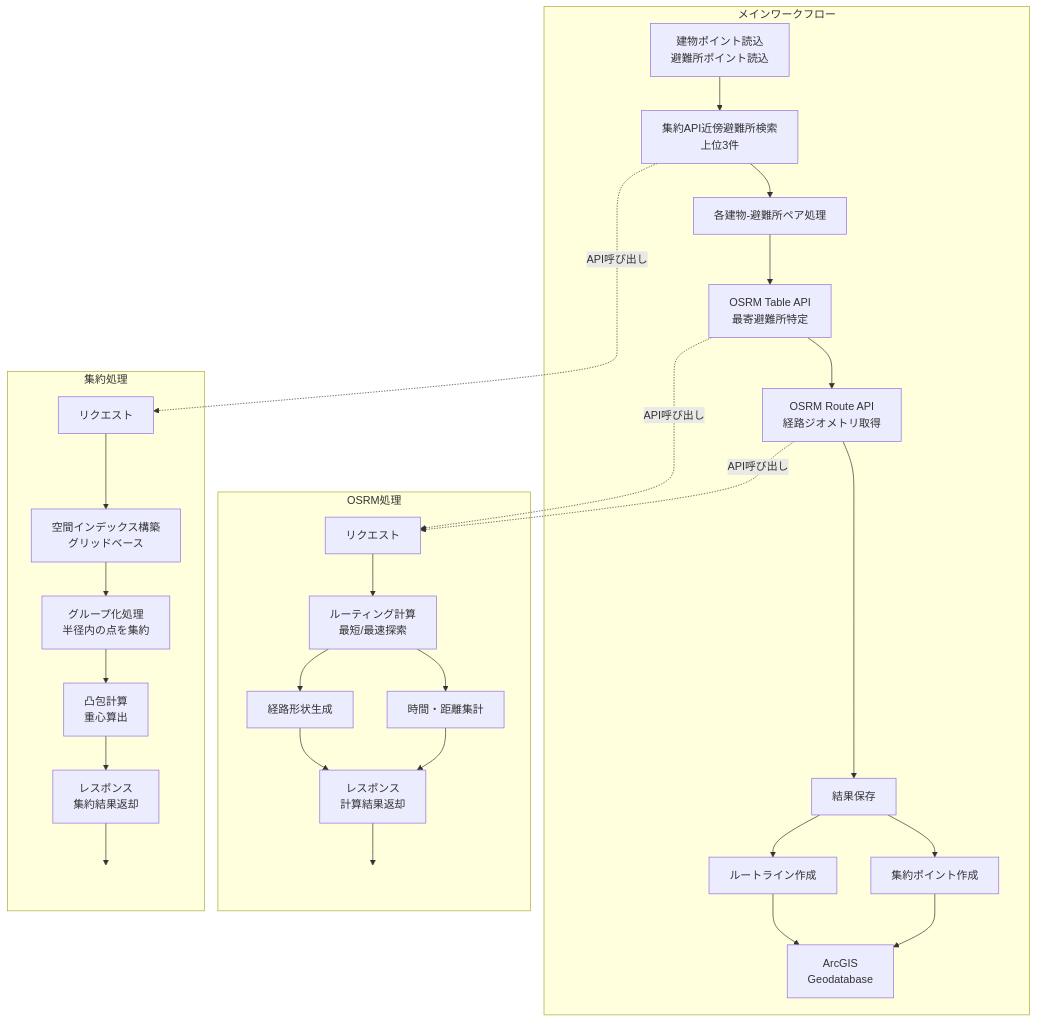
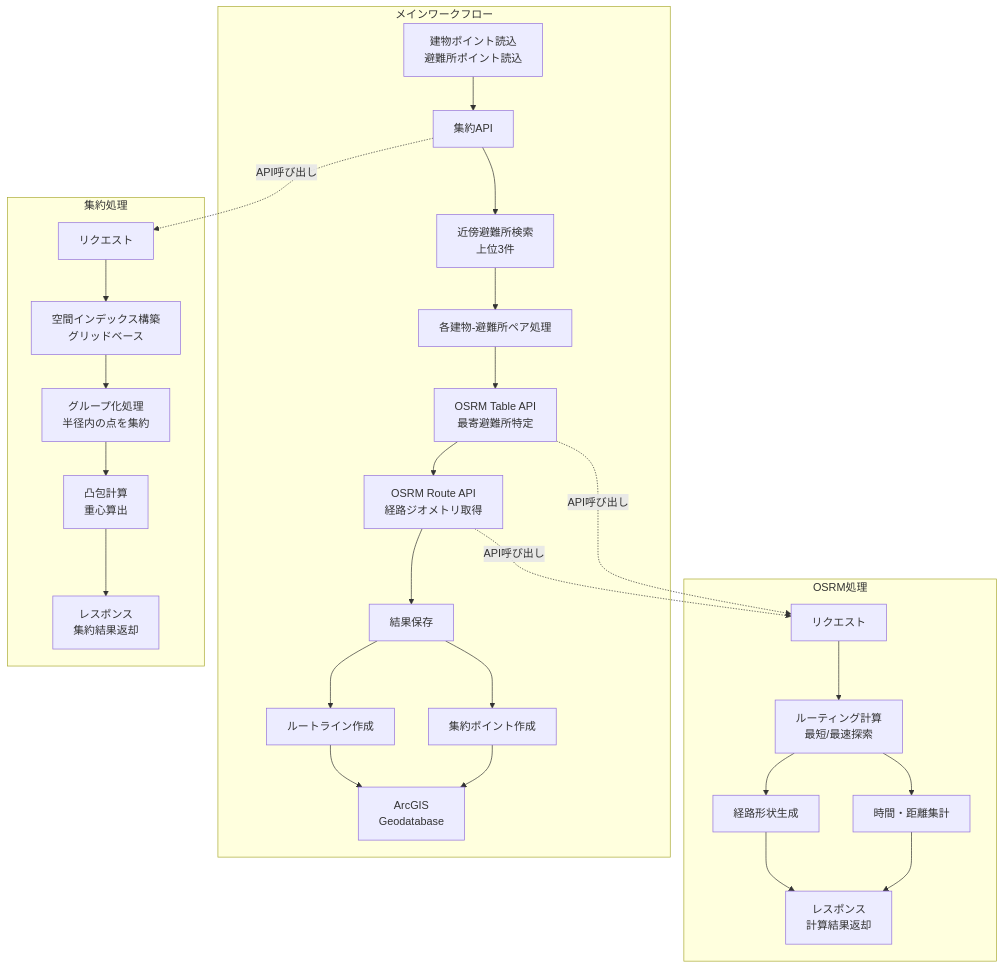
The diagram in flow.mmd (shumizu418128/graduate-study), drawn with Mermaid before and after one commit.

Commit message:
アルファベット定義に戻す

```diff
--- a/flow.mmd
+++ b/flow.mmd
@@ -1,48 +1,40 @@
 graph TB
-    %% OSRM処理セクション (prefix: os_)
-    subgraph osrm ["OSRM処理"]
-        os_req[リクエスト]
-        os_req --> os_route_calc[ルーティング計算<br/>最短/最速探索]
-        os_route_calc --> os_time_dist[時間・距離集計]
-        os_route_calc --> os_geom[経路形状生成]
-        os_time_dist --> os_resp[レスポンス<br/>計算結果返却]
-        os_geom --> os_resp
-        os_resp --> os_dummy[ ]
+    subgraph "OSRM処理"
+        A[リクエスト]
+        A --> B[ルーティング計算<br/>最短/最速探索]
+        B --> C[時間・距離集計]
+        B --> D[経路形状生成]
+        C --> E[レスポンス<br/>計算結果返却]
+        D --> E
     end
 
-    %% メインワークフロー (prefix: wf_)
-    subgraph workflow ["メインワークフロー"]
-        wf_load_points[建物ポイント読込<br/>避難所ポイント読込]
-        wf_load_points --> wf_agg_api[集約API近傍避難所検索<br/>上位3件]
-        wf_agg_api --> wf_pair_processing[各建物-避難所ペア処理]
-        wf_pair_processing --> wf_table_api[OSRM Table API<br/>最寄避難所特定]
-        wf_table_api --> wf_route_api[OSRM Route API<br/>経路ジオメトリ取得]
-        wf_route_api --> wf_save_results[結果保存]
-        wf_save_results --> wf_create_points[集約ポイント作成]
-        wf_save_results --> wf_create_lines[ルートライン作成]
-        wf_create_points --> wf_geodb[ArcGIS<br/>Geodatabase]
-        wf_create_lines --> wf_geodb
+    subgraph "メインワークフロー"
+        F[建物ポイント読込<br/>避難所ポイント読込]
+
+        F --> G[集約API]
+
+        G --> H[近傍避難所検索<br/>上位3件]
+
+        H --> I[各建物-避難所ペア処理]
+
+        I --> J[OSRM Table API<br/>最寄避難所特定]
+        J --> K[OSRM Route API<br/>経路ジオメトリ取得]
+
+        K --> L[結果保存]
+        L --> M[集約ポイント作成]
+        L --> N[ルートライン作成]
+
+        M --> O[ArcGIS<br/>Geodatabase]
+        N --> O
     end
 
-    %% 集約処理 (prefix: agg_)
-    subgraph aggregation ["集約処理"]
-        agg_req[リクエスト]
-        agg_req --> agg_build_index[空間インデックス構築<br/>グリッドベース]
-        agg_build_index --> agg_group[グループ化処理<br/>半径内の点を集約]
-        agg_group --> agg_convex_centroid[凸包計算<br/>重心算出]
-        agg_convex_centroid --> agg_resp[レスポンス<br/>集約結果返却]
-        agg_resp --> agg_dummy[ ]
+    subgraph "集約処理"
+        P[リクエスト] --> Q[空間インデックス構築<br/>グリッドベース]
+        Q --> R[グループ化処理<br/>半径内の点を集約]
+        R --> S[凸包計算<br/>重心算出]
+        S --> T[レスポンス<br/>集約結果返却]
     end
 
-    %% API呼び出しの関連 (dashed)
-    wf_table_api -.->|API呼び出し| os_req
-    wf_route_api -.->|API呼び出し| os_req
-    wf_agg_api -.->|API呼び出し| agg_req
-
-    %% 高さ揃え用の不可視リンク
-    os_dummy ~~~ wf_geodb
-    agg_dummy ~~~ wf_geodb
-
-    %% ダミーノードを非表示化
-    style os_dummy fill:none,stroke:none
-    style agg_dummy fill:none,stroke:none
+    J -.->|API呼び出し| A
+    K -.->|API呼び出し| A
+    G -.->|API呼び出し| P
```
